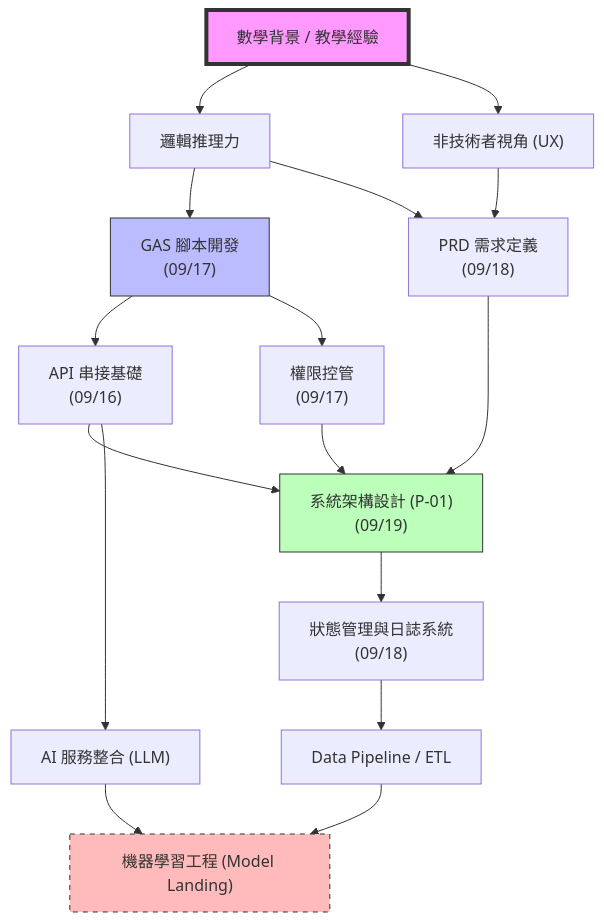
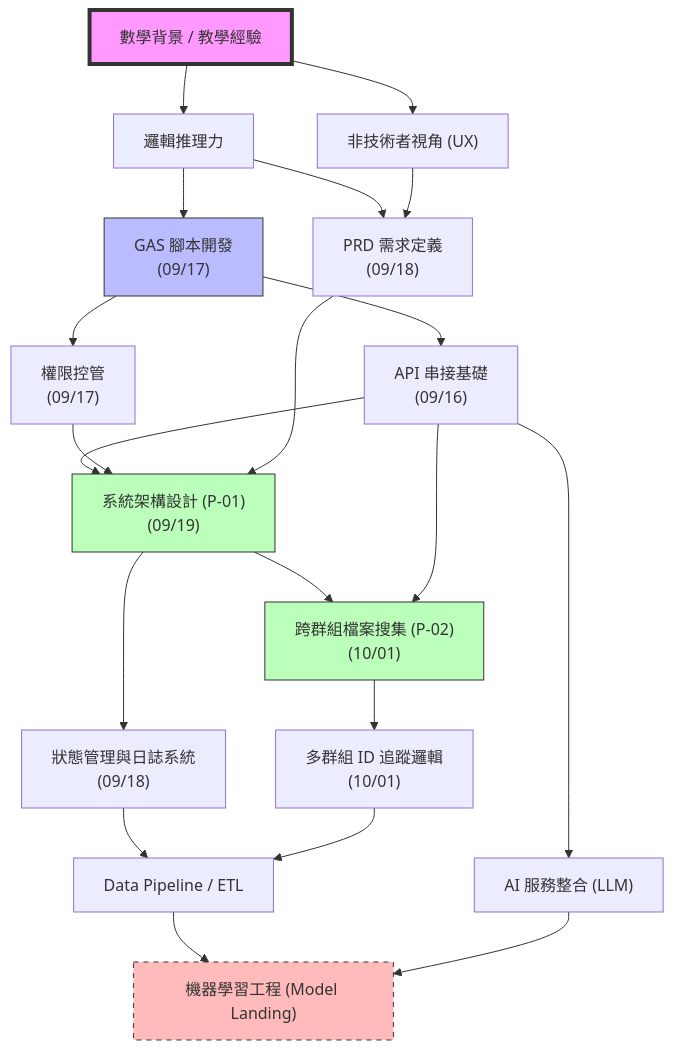
Before and after one commit to gurry0927/engineering-thinking-log: the diagram in career-milestones/PERSONAL-GROWTH-MAP.md, drawn with Mermaid. The commit also changed other lines of this file, not shown here.

````diff
--- a/career-milestones/PERSONAL-GROWTH-MAP.md
+++ b/career-milestones/PERSONAL-GROWTH-MAP.md
@@ -7,31 +7,36 @@
 ```mermaid
 graph TD
     %% 核心出發點
     Start["數學背景 / 教學經驗"] --> Logic["邏輯推理力"]
     Start --> UX["非技術者視角 (UX)"]
 
     %% 第一階段：自動化基石 (2025-09)
     Logic --> GAS["GAS 腳本開發<br/>(09/17)"]
     Logic --> PRD["PRD 需求定義<br/>(09/18)"]
     UX --> PRD
     GAS --> API["API 串接基礎<br/>(09/16)"]
     GAS --> Auth["權限控管<br/>(09/17)"]
     
     %% 第二階段：系統架構
     API --> Arch["系統架構設計 (P-01)<br/>(09/19)"]
     Auth --> Arch
     PRD --> Arch
     Arch --> State["狀態管理與日誌系統<br/>(09/18)"]
+    Arch --> P02["跨群組檔案搜集 (P-02)<br/>(10/01)"]
+    API --> P02
+    P02 --> ID_Tracking["多群組 ID 追蹤邏輯<br/>(10/01)"]
 
     %% 第三階段：資料科學與 ML (目標)
     State --> Pipeline["Data Pipeline / ETL"]
+    ID_Tracking --> Pipeline
     API --> ML_Service["AI 服務整合 (LLM)"]
     Pipeline --> ML["機器學習工程 (Model Landing)"]
     ML_Service --> ML
 
     %% 樣式設定
     style Start fill:#f9f,stroke:#333,stroke-width:4px
     style GAS fill:#bbf,stroke:#333
     style Arch fill:#bfb,stroke:#333
+    style P02 fill:#bfb,stroke:#333
     style ML fill:#fbb,stroke:#333,stroke-dasharray: 5 5
 ```
````
